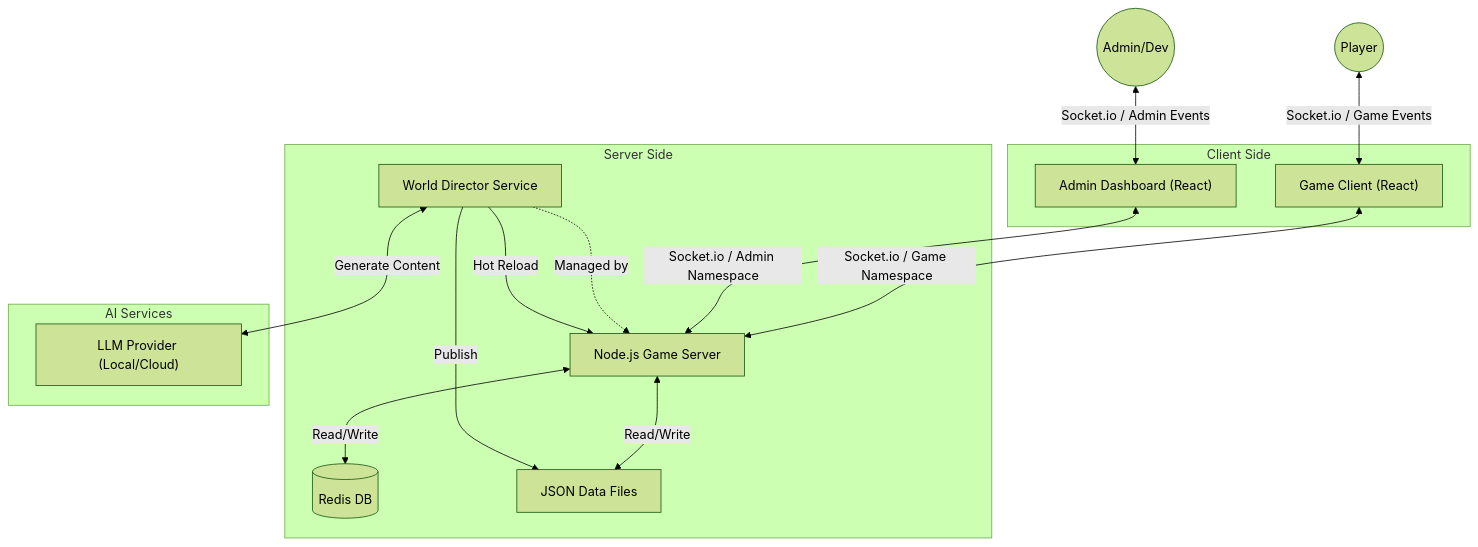
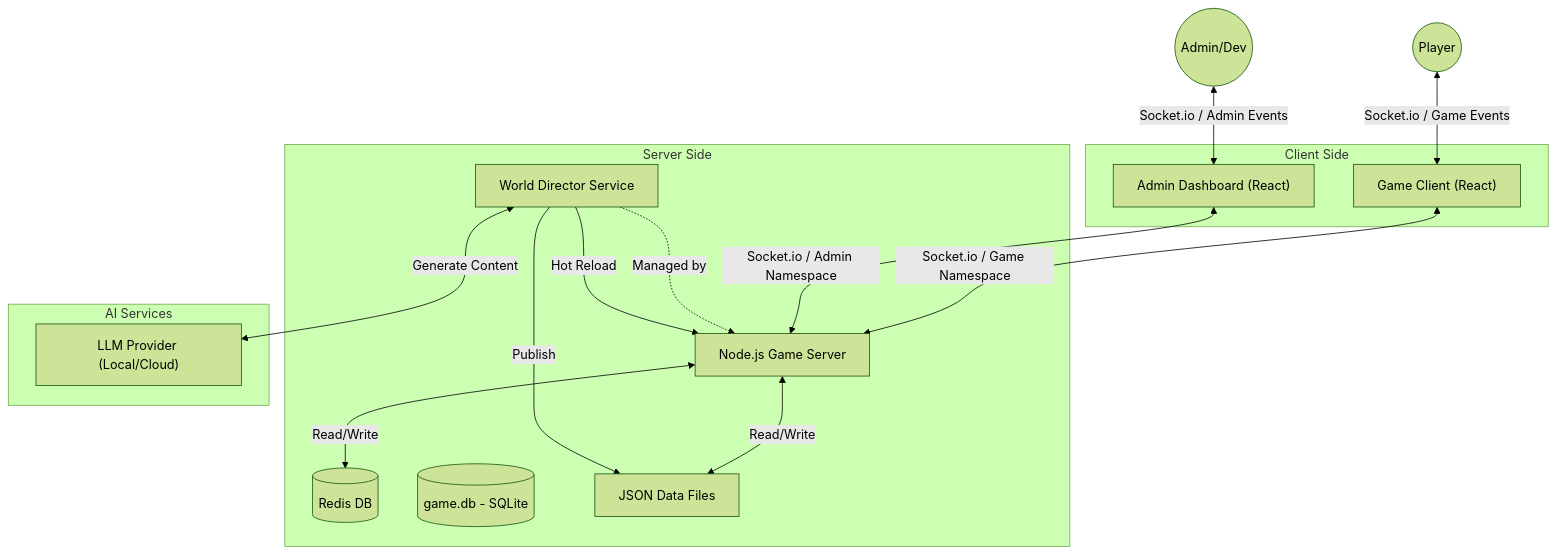
Before and after one commit to phobosd/Zenith-9: the diagram in README.md, drawn with Mermaid (forest theme). The commit also changed 21 other files, not shown here.

````diff
--- a/README.md
+++ b/README.md
@@ -102,37 +102,38 @@
 ```mermaid
 graph TD
     User((Player))
     Admin((Admin/Dev))
 
     subgraph Client_Side [Client Side]
         GameClient["Game Client (React)"]
         AdminDash["Admin Dashboard (React)"]
     end
 
     subgraph Server_Side [Server Side]
         GameServer[Node.js Game Server]
         Director[World Director Service]
         Redis[(Redis DB)]
+        SQLite[(game.db - SQLite)]
         FileSystem[JSON Data Files]
     end
 
     subgraph AI_Services [AI Services]
         LLM["LLM Provider (Local/Cloud)"]
     end
 
     %% Interactions
     User <-->|Socket.io / Game Events| GameClient
     Admin <-->|Socket.io / Admin Events| AdminDash
 
     GameClient <-->|Socket.io / Game Namespace| GameServer
     AdminDash <-->|Socket.io / Admin Namespace| GameServer
 
     GameServer <-->|Read/Write| Redis
     GameServer <-->|Read/Write| FileSystem
 
     %% Director Flow
     Director -.->|Managed by| GameServer
     Director <-->|Generate Content| LLM
     Director -->|Publish| FileSystem
     Director -->|Hot Reload| GameServer
 ```
````
